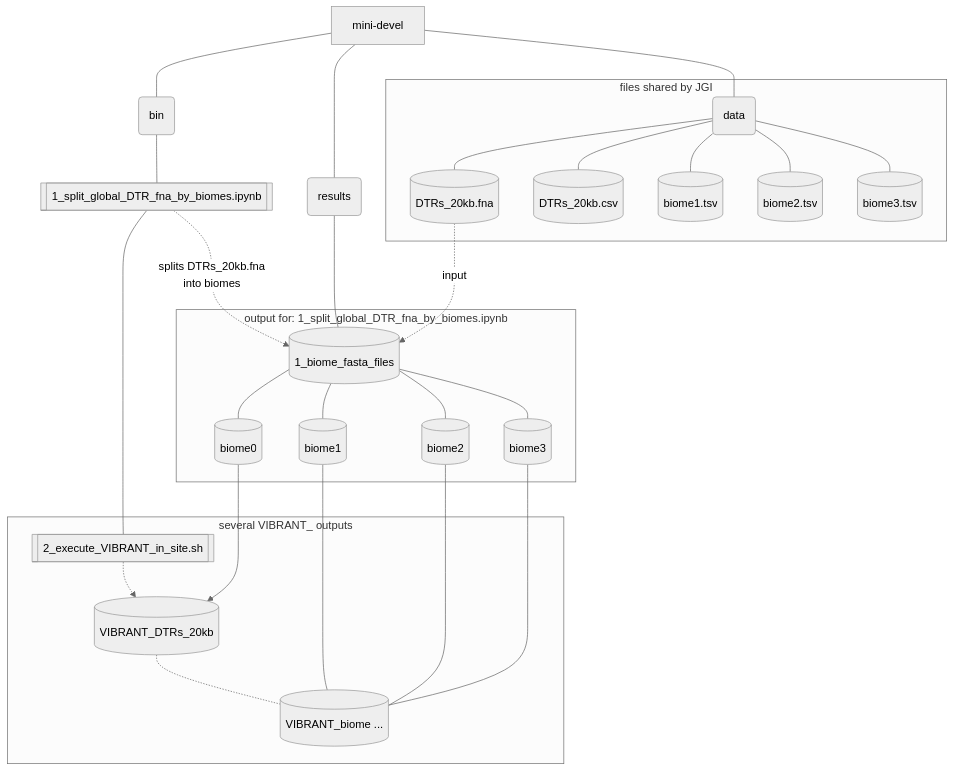
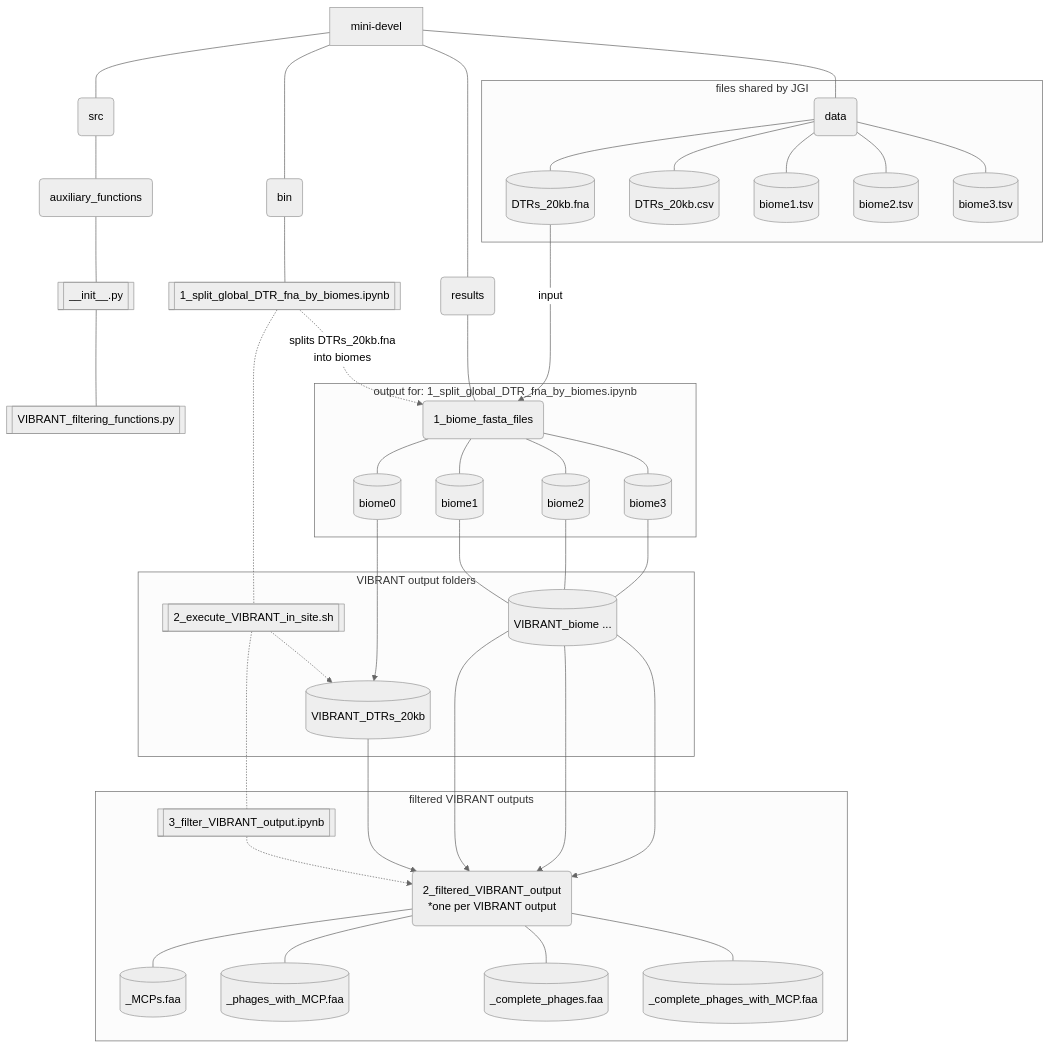
One commit to abelardoaguilar/mini-devel changed the second of 2 diagrams in README.md. Above: the diagram before and after it, drawn with Mermaid (neutral theme). The commit also changed 6 other files, not shown here.

````diff
--- a/README.md
+++ b/README.md
@@ -15,37 +15,58 @@
 ```mermaid
 flowchart TD
-    A[mini-devel] --- B(bin)
+    A[mini-devel] --- S(src)
+    A --- B(bin)
     A --- R(results)
     A --- D(data)
 
-    B --- B1[[1_split_global_DTR_fna_by_biomes.ipynb]] --- B2[[2_execute_VIBRANT_in_site.sh]]
+
+    B --- B1[[1_split_global_DTR_fna_by_biomes.ipynb]] -.- B2[[2_execute_VIBRANT_in_site.sh]] -.- B3[[3_filter_VIBRANT_output.ipynb]]
 
     B1 -.-> |splits DTRs_20kb.fna\ninto biomes| R1
 
-    D1 -.-> |input| R1
+    D1 ---> |input| R1
 
     subgraph ide1 [files shared by JGI]
     D --- D1[(DTRs_20kb.fna)]
     D --- D2[(DTRs_20kb.csv)]
     D --- D3[(biome1.tsv)]
     D --- D4[(biome2.tsv)]
     D --- D5[(biome3.tsv)]
     end
 
-    R --- R1[(1_biome_fasta_files)]
+    R --- R1(1_biome_fasta_files)
 
     subgraph ide2 [output for: 1_split_global_DTR_fna_by_biomes.ipynb]
     R1 --- biome0[(biome0)]
     R1 --- biome1[(biome1)]
     R1 --- biome2[(biome2)]
     R1 --- biome3[(biome3)]
     end
 
-    subgraph ide3 [several VIBRANT_ outputs]
+    subgraph ide3 [VIBRANT output folders]
     biome0 ---> vibrant0[(VIBRANT_DTRs_20kb)]
-    B2 -.-> vibrant0 -.- vibrant_all
+    B2 -.-> vibrant0 
     biome1 --- vibrant_all[(VIBRANT_biome ...)]
-    biome2 --- vibrant_all[(VIBRANT_biome ...)]
-    biome3 --- vibrant_all[(VIBRANT_biome ...)]
+    biome2 --- vibrant_all
+    biome3 --- vibrant_all
     end
+
+    S --- auxiliary_functions(auxiliary_functions)
+    auxiliary_functions --- S1[[__init__.py]] --- S2[[VIBRANT_filtering_functions.py]] 
+
+    vibrant_all ---> 2_filtered_VIBRANT_output(2_filtered_VIBRANT_output\n*one per VIBRANT output)
+    vibrant_all ---> 2_filtered_VIBRANT_output
+    vibrant_all ---> 2_filtered_VIBRANT_output
+    vibrant0 ---> 2_filtered_VIBRANT_output
+
+
+    subgraph ide4 [filtered VIBRANT outputs]
+    B3 -.-> 2_filtered_VIBRANT_output
+    2_filtered_VIBRANT_output --- _MCPs[(_MCPs.faa)]
+    2_filtered_VIBRANT_output --- _phages_with_MCP[(_phages_with_MCP.faa)]
+    2_filtered_VIBRANT_output --- complete_phages[(_complete_phages.faa)]
+    2_filtered_VIBRANT_output --- complete_phages_with_MCP[(_complete_phages_with_MCP.faa)]
+    end
+
+
 ```
````
